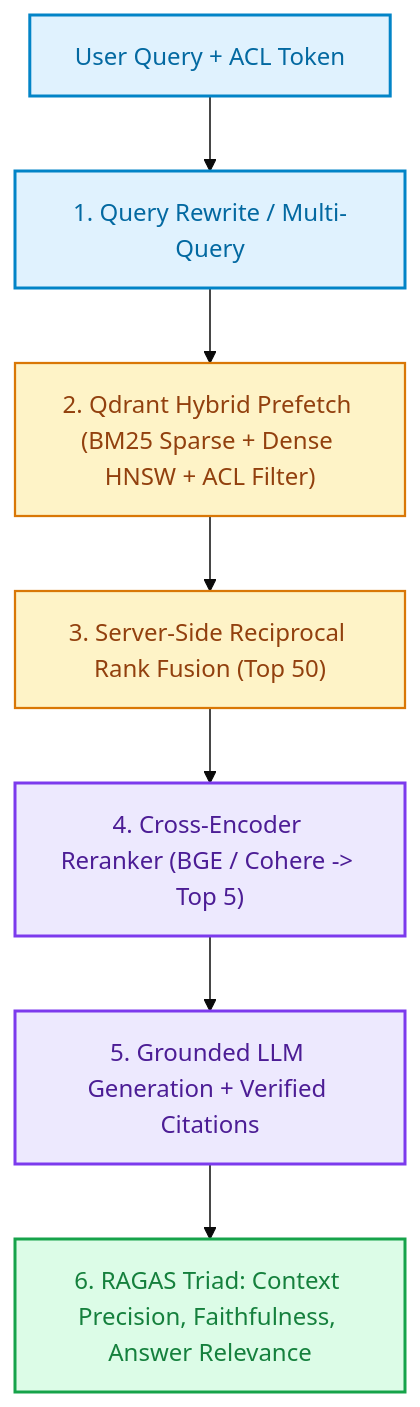
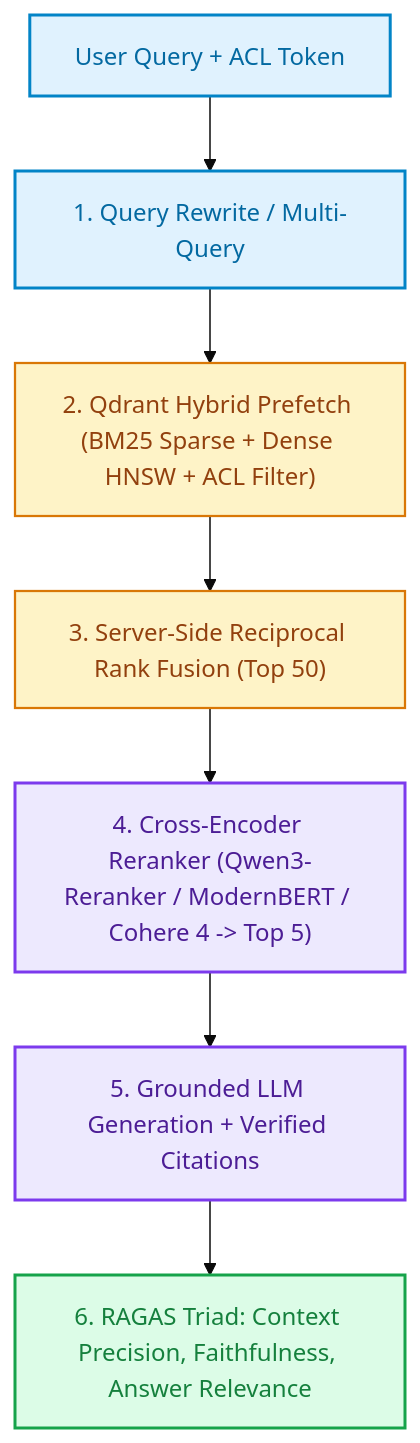
Before and after one commit to FirdowsRahaman/agentic-ai-and-ml-roadmap: the second of 2 diagrams in curriculum/03-modern-ai-and-genai/06_llms_finetuning_and_rag.md, drawn with Mermaid (base theme). The commit also changed other lines of this file and 9 other files, not shown here.

````diff
--- a/curriculum/03-modern-ai-and-genai/06_llms_finetuning_and_rag.md
+++ b/curriculum/03-modern-ai-and-genai/06_llms_finetuning_and_rag.md
@@ -202,19 +202,19 @@
 ```mermaid
 flowchart TD
     Q["User Query + ACL Token"] --> QT["1. Query Rewrite / Multi-Query"]
     QT --> QD["2. Qdrant Hybrid Prefetch (BM25 Sparse + Dense HNSW + ACL Filter)"]
     QD --> RRF["3. Server-Side Reciprocal Rank Fusion (Top 50)"]
-    RRF --> CE["4. Cross-Encoder Reranker (BGE / Cohere -> Top 5)"]
+    RRF --> CE["4. Cross-Encoder Reranker (Qwen3-Reranker / ModernBERT / Cohere 4 -> Top 5)"]
     CE --> GEN["5. Grounded LLM Generation + Verified Citations"]
     GEN --> EVAL["6. RAGAS Triad: Context Precision, Faithfulness, Answer Relevance"]
 
     classDef inp fill:#E0F2FE,stroke:#0284C7,stroke-width:2px,color:#0369A1;
     classDef ret fill:#FEF3C7,stroke:#D97706,stroke-width:1.5px,color:#92400E;
     classDef rank fill:#EDE9FE,stroke:#7C3AED,stroke-width:2px,color:#4C1D95;
     classDef out fill:#DCFCE7,stroke:#16A34A,stroke-width:2px,color:#15803D;
 
     class Q,QT inp;
     class QD,RRF ret;
     class CE,GEN rank;
     class EVAL out;
 ```
````
